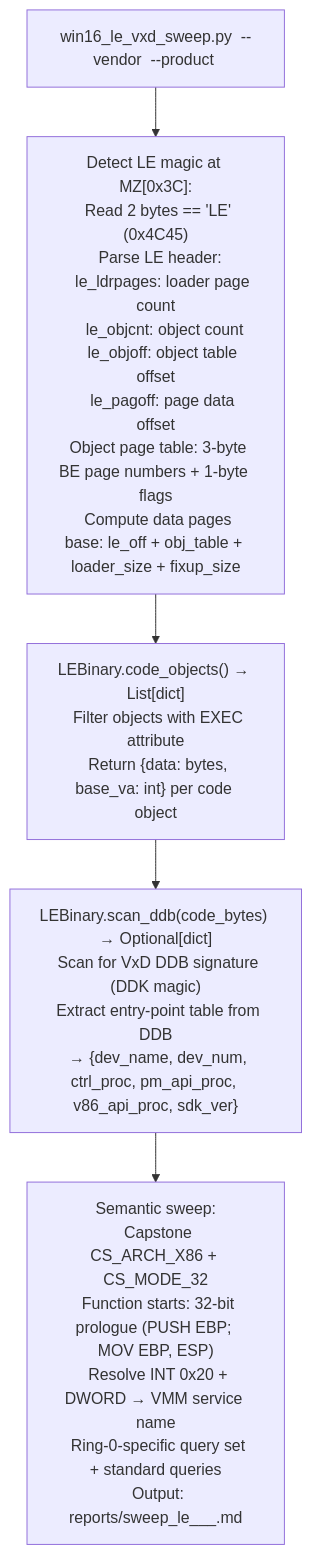
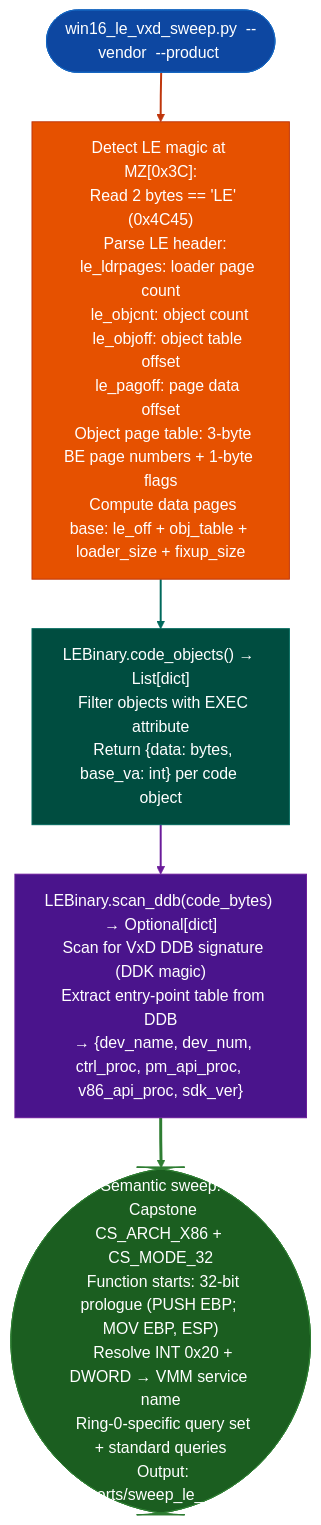
The diagram in docs/reference-modules/windows-le-vxd.md (Ablation-Tool/ablation), drawn with Mermaid before and after one commit. The commit also changed 320 other files, not shown here.

First line of the commit message:
docs: apply canonical Mermaid template to all 321 diagrams

````diff
--- a/docs/reference-modules/windows-le-vxd.md
+++ b/docs/reference-modules/windows-le-vxd.md
@@ -19,7 +19,17 @@
 ```mermaid
 flowchart TD
-    A["win16_le_vxd_sweep.py <binary.386> --vendor <v> --product <p>"] --> B["Detect LE magic at MZ[0x3C]:\n  Read 2 bytes == 'LE' (0x4C45)\n  Parse LE header:\n    le_ldrpages: loader page count\n    le_objcnt: object count\n    le_objoff: object table offset\n    le_pagoff: page data offset\n  Object page table: 3-byte BE page numbers + 1-byte flags\n  Compute data pages base: le_off + obj_table + loader_size + fixup_size"]
-    B --> C["LEBinary.code_objects() → List[dict]\n  Filter objects with EXEC attribute\n  Return {data: bytes, base_va: int} per code object"]
-    C --> D["LEBinary.scan_ddb(code_bytes) → Optional[dict]\n  Scan for VxD DDB signature (DDK magic)\n  Extract entry-point table from DDB\n  → {dev_name, dev_num, ctrl_proc, pm_api_proc, v86_api_proc, sdk_ver}"]
-    D --> E["Semantic sweep:\n  Capstone CS_ARCH_X86 + CS_MODE_32\n  Function starts: 32-bit prologue (PUSH EBP; MOV EBP, ESP)\n  Resolve INT 0x20 + DWORD → VMM service name\n  Ring-0-specific query set + standard queries\n  Output: reports/sweep_le_<vendor>_<product>_<ts>.md"]
+    A(["win16_le_vxd_sweep.py <binary.386> --vendor <v> --product <p>"]):::input --> B["Detect LE magic at MZ[0x3C]:\n  Read 2 bytes == 'LE' (0x4C45)\n  Parse LE header:\n    le_ldrpages: loader page count\n    le_objcnt: object count\n    le_objoff: object table offset\n    le_pagoff: page data offset\n  Object page table: 3-byte BE page numbers + 1-byte flags\n  Compute data pages base: le_off + obj_table + loader_size + fixup_size"]:::primary
+    B:::primary --> C["LEBinary.code_objects() → List[dict]\n  Filter objects with EXEC attribute\n  Return {data: bytes, base_va: int} per code object"]:::secondary
+    C:::secondary --> D["LEBinary.scan_ddb(code_bytes) → Optional[dict]\n  Scan for VxD DDB signature (DDK magic)\n  Extract entry-point table from DDB\n  → {dev_name, dev_num, ctrl_proc, pm_api_proc, v86_api_proc, sdk_ver}"]:::tertiary
+    D:::tertiary --> E(["Semantic sweep:\n  Capstone CS_ARCH_X86 + CS_MODE_32\n  Function starts: 32-bit prologue (PUSH EBP; MOV EBP, ESP)\n  Resolve INT 0x20 + DWORD → VMM service name\n  Ring-0-specific query set + standard queries\n  Output: reports/sweep_le_<vendor>_<product>_<ts>.md"]):::output
+    classDef input     fill:#0d47a1,stroke:#1565c0,color:#fff
+    classDef primary   fill:#e65100,stroke:#bf360c,color:#fff
+    classDef secondary fill:#004d40,stroke:#00695c,color:#fff
+    classDef tertiary  fill:#4a148c,stroke:#6a1b9a,color:#fff
+    classDef neutral   fill:#37474f,stroke:#546e7a,color:#fff
+    classDef output    fill:#1b5e20,stroke:#2e7d32,color:#fff
+    linkStyle 0 stroke:#bf360c,stroke-width:2px
+    linkStyle 1 stroke:#00695c,stroke-width:2px
+    linkStyle 2 stroke:#6a1b9a,stroke-width:2px
+    linkStyle 3 stroke:#2e7d32,stroke-width:3px
 ```
````
